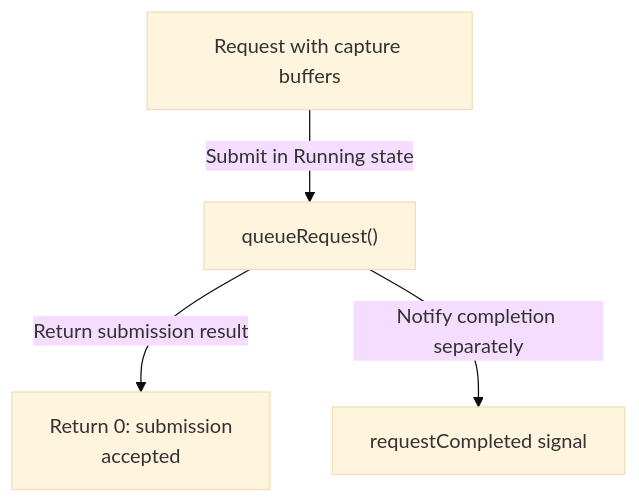
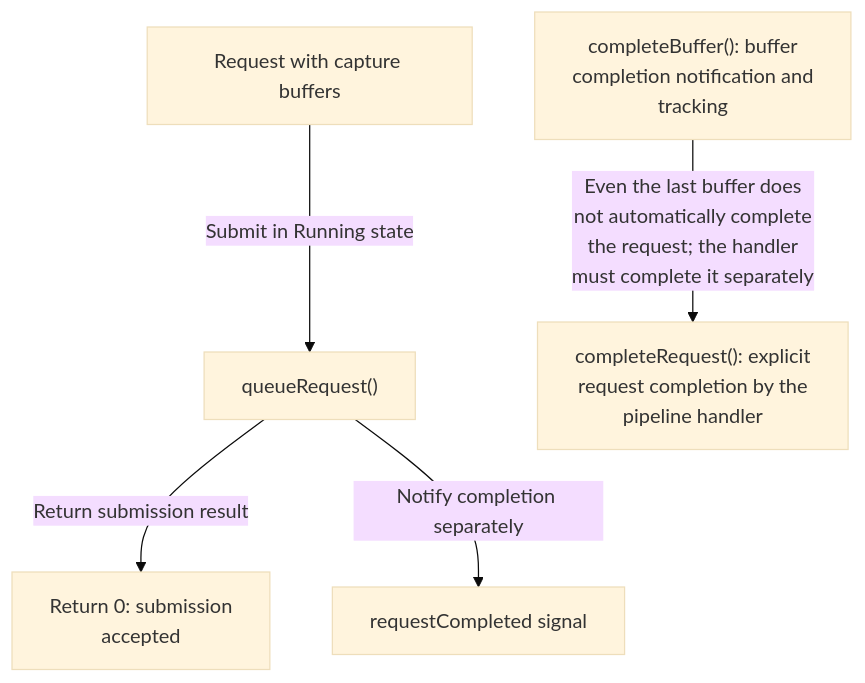
Before and after one commit to TTolsun/libcamera-sdd: the diagram in docs/en/overview.submission-completion.mmd, drawn with Mermaid (base theme). The commit also changed 41 other files, not shown here.

Commit message:
Publish clearer request completion and investigation resumption guidance

```diff
--- a/docs/en/overview.submission-completion.mmd
+++ b/docs/en/overview.submission-completion.mmd
@@ -1,9 +1,12 @@
 flowchart TB
 
   v_request["Request with capture buffers"]
   v_queue["queueRequest#40;#41;"]
   v_accepted["Return 0: submission <br/>accepted"]
   v_signal["requestCompleted signal"]
+  v_complete-buffer["completeBuffer#40;#41;: buffer <br/>completion notification and <br/>tracking"]
+  v_complete-request["completeRequest#40;#41;: explicit <br/>request completion by the <br/>pipeline handler"]
   v_request -->|"Submit in Running state"| v_queue
   v_queue -->|"Return submission result"| v_accepted
   v_queue -->|"Notify completion separately"| v_signal
+  v_complete-buffer -->|"Even the last buffer does <br/>not automatically complete <br/>the request; the handler <br/>must complete it separately"| v_complete-request
```
